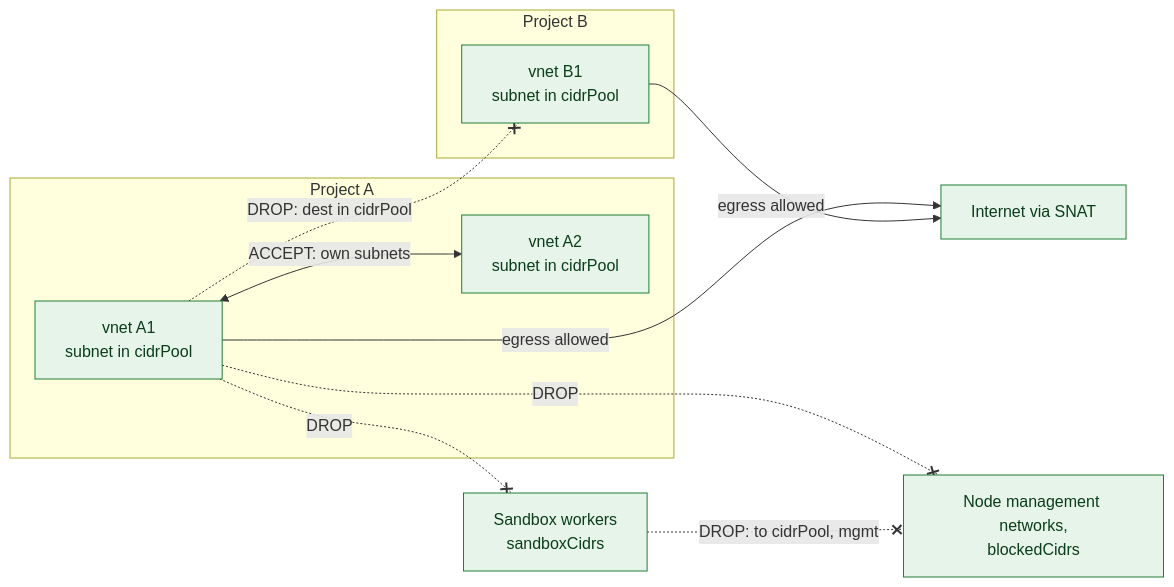
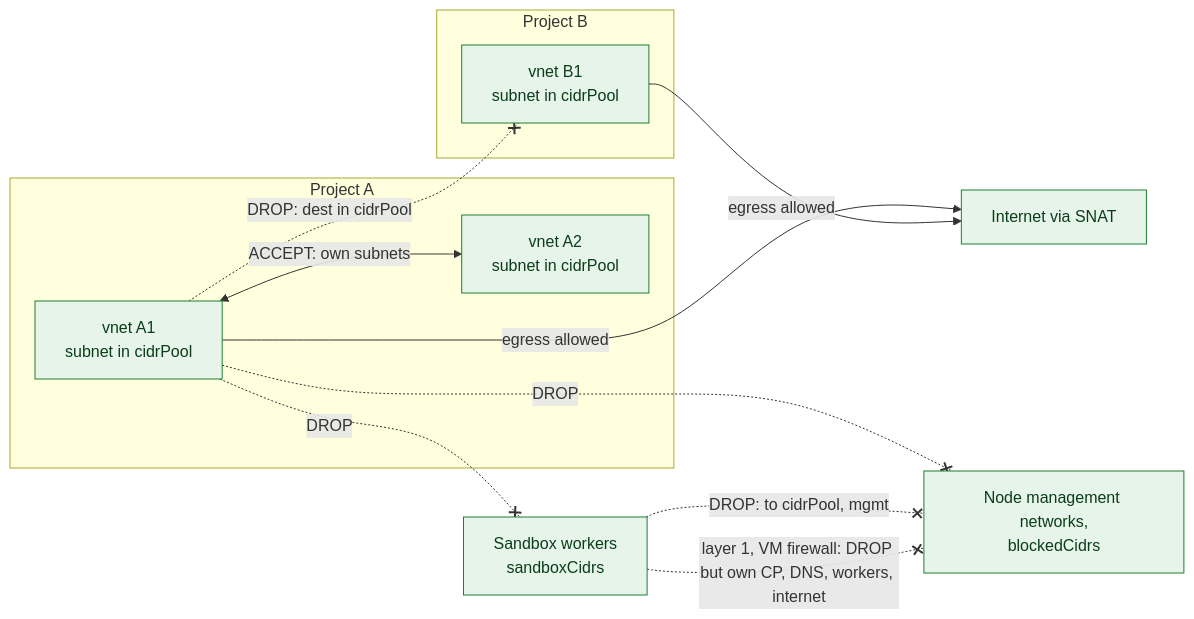
The first of 7 diagrams in docs/architecture/c4/c4-code.md (mutex-solutions/proxcloud), drawn with Mermaid before and after one commit. The commit also changed other lines of this file and 27 other files, not shown here.

First line of the commit message:
feat(sandbox): fence sandbox workers with a vm firewall (SB2b)

````diff
--- a/docs/architecture/c4/c4-code.md
+++ b/docs/architecture/c4/c4-code.md
@@ -80,24 +93,25 @@
 ```mermaid
 flowchart LR
   classDef impl fill:#e6f4ea,stroke:#1e7e34,color:#0b3d1a
 
   subgraph pa["Project A"]
     va1["vnet A1<br/>subnet in cidrPool"]:::impl
     va2["vnet A2<br/>subnet in cidrPool"]:::impl
   end
   subgraph pb["Project B"]
     vb1["vnet B1<br/>subnet in cidrPool"]:::impl
   end
   inet["Internet via SNAT"]:::impl
 
   mgmt["Node management networks,<br/>blockedCidrs"]:::impl
   sbx["Sandbox workers<br/>sandboxCidrs"]:::impl
 
   va1 <-->|"ACCEPT: own subnets"| va2
   va1 -.-x|"DROP: dest in cidrPool"| vb1
   va1 -.-x|"DROP"| mgmt
   va1 -.-x|"DROP"| sbx
   sbx -.-x|"DROP: to cidrPool, mgmt"| mgmt
+  sbx -.-x|"layer 1, VM firewall: DROP but own CP, DNS, workers, internet"| mgmt
   va1 -->|"egress allowed"| inet
   vb1 -->|"egress allowed"| inet
 ```
````
